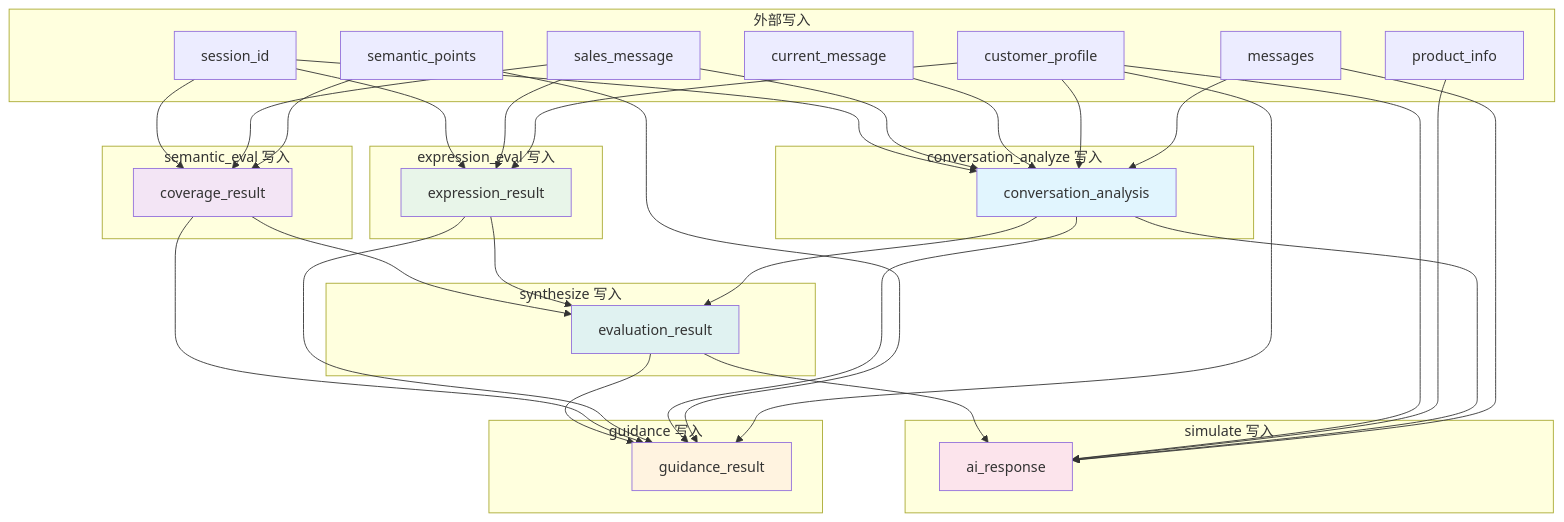
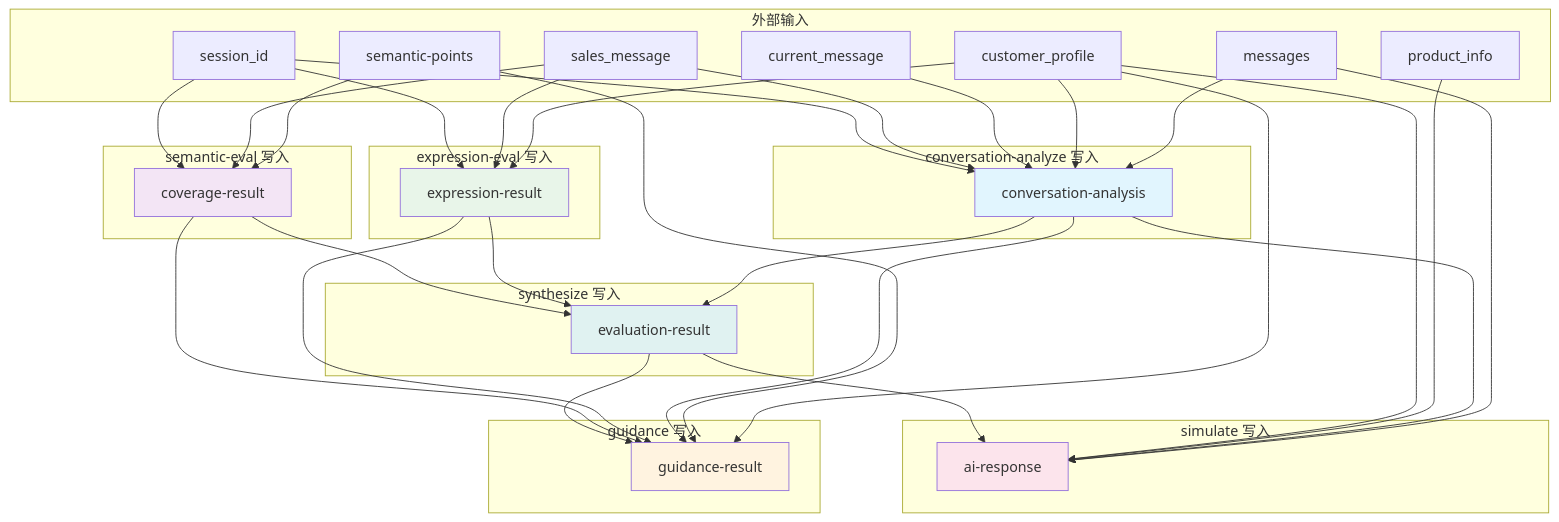
The third of 5 diagrams in docs/architecture.md (xt765/UMU-Sales-Trainer), drawn with Mermaid before and after one commit. The commit also changed other lines of this file and 1 other file, not shown here.

Commit message:
fix: make all mermaid diagrams compatible with Gitee/GitHub renderer - quote labels, replace underscores, fix bracket syntax

````diff
--- a/docs/architecture.md
+++ b/docs/architecture.md
@@ -383,53 +383,53 @@
 ```mermaid
 graph TD
-    subgraph 外部输入[外部写入]
-        EXT1[session_id]
-        EXT2[sales_message]
-        EXT3[current_message]
-        EXT4[customer_profile]
-        EXT5[product_info]
-        EXT6[semantic_points]
-        EXT7[messages]
+    subgraph EXT["外部输入"]
+        EXT1["session_id"]
+        EXT2["sales_message"]
+        EXT3["current_message"]
+        EXT4["customer_profile"]
+        EXT5["product_info"]
+        EXT6["semantic-points"]
+        EXT7["messages"]
     end
 
-    subgraph CA节点产生[conversation_analyze 写入]
-        CA_OUT[conversation_analysis]
+    subgraph CA["conversation-analyze 写入"]
+        CA_OUT["conversation-analysis"]
     end
 
-    subgraph SE节点产生[semantic_eval 写入]
-        SE_OUT[coverage_result]
+    subgraph SE["semantic-eval 写入"]
+        SE_OUT["coverage-result"]
     end
 
-    subgraph EE节点产生[expression_eval 写入]
-        EE_OUT[expression_result]
+    subgraph EE["expression-eval 写入"]
+        EE_OUT["expression-result"]
     end
 
-    subgraph SYN节点产生[synthesize 写入]
-        SYN_OUT[evaluation_result]
+    subgraph SYN["synthesize 写入"]
+        SYN_OUT["evaluation-result"]
     end
 
-    subgraph GM节点产生[guidance 写入]
-        GM_OUT[guidance_result]
+    subgraph GM["guidance 写入"]
+        GM_OUT["guidance-result"]
     end
 
-    subgraph SIM节点产生[simulate 写入]
-        SIM_OUT[ai_response]
+    subgraph SIM["simulate 写入"]
+        SIM_OUT["ai-response"]
     end
 
     EXT1 & EXT2 & EXT3 & EXT4 & EXT7 --> CA_OUT
     EXT1 & EXT2 & EXT6 --> SE_OUT
     EXT1 & EXT2 & EXT4 --> EE_OUT
 
     SE_OUT & EE_OUT & CA_OUT --> SYN_OUT
 
     SYN_OUT & SE_OUT & EE_OUT & CA_OUT & EXT6 & EXT4 --> GM_OUT
 
     SYN_OUT & EXT4 & EXT5 & CA_OUT & EXT7 --> SIM_OUT
 
     style CA_OUT fill:#e1f5fe
     style SE_OUT fill:#f3e5f5
     style EE_OUT fill:#e8f5e9
     style SYN_OUT fill:#e0f2f1
     style GM_OUT fill:#fff3e0
     style SIM_OUT fill:#fce4ec
 ```
````
